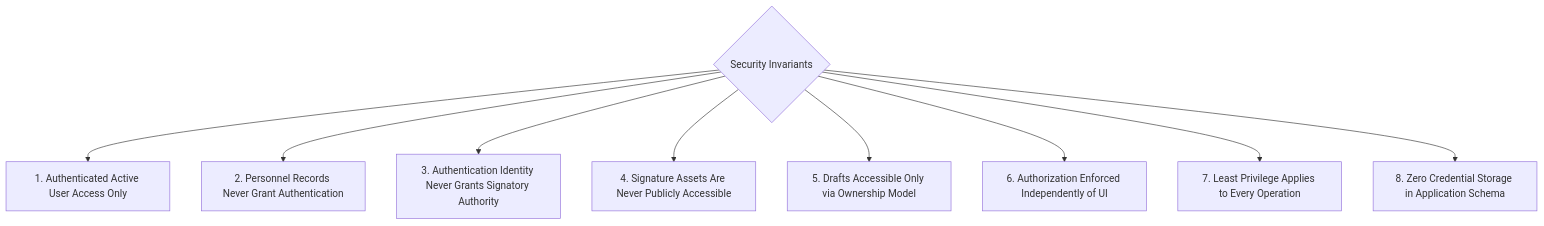
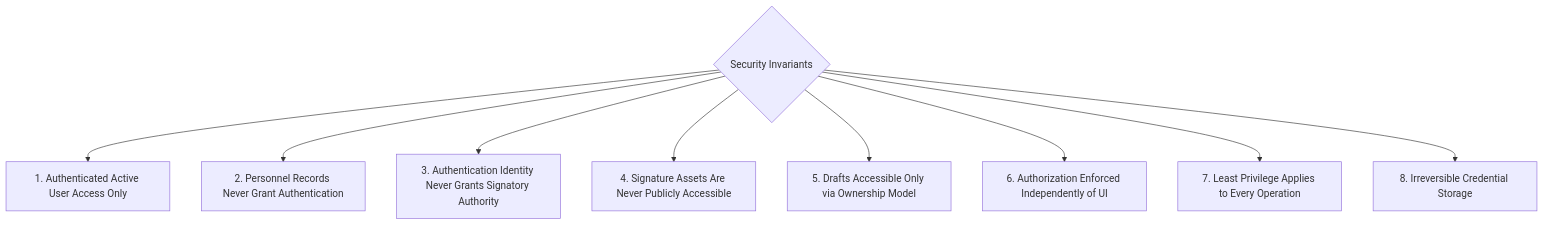
One commit to nicolaseugenio2022-cyber/St-rose-laboratory-result-management-system changed the first of 4 diagrams in architecture/SECURITY_MODEL.md. Above: the diagram before and after it, drawn with Mermaid. The commit also changed other lines of this file and 4 other files, not shown here.

````diff
--- a/architecture/SECURITY_MODEL.md
+++ b/architecture/SECURITY_MODEL.md
@@ -52,12 +52,12 @@
 ```mermaid
 graph TD
     Invariants{"Security Invariants"}
     Invariants --> Inv1["1. Authenticated Active User Access Only"]
     Invariants --> Inv2["2. Personnel Records Never Grant Authentication"]
     Invariants --> Inv3["3. Authentication Identity Never Grants Signatory Authority"]
     Invariants --> Inv4["4. Signature Assets Are Never Publicly Accessible"]
     Invariants --> Inv5["5. Drafts Accessible Only via Ownership Model"]
     Invariants --> Inv6["6. Authorization Enforced Independently of UI"]
     Invariants --> Inv7["7. Least Privilege Applies to Every Operation"]
-    Invariants --> Inv8["8. Zero Credential Storage in Application Schema"]
+    Invariants --> Inv8["8. Irreversible Credential Storage"]
 ```
````
